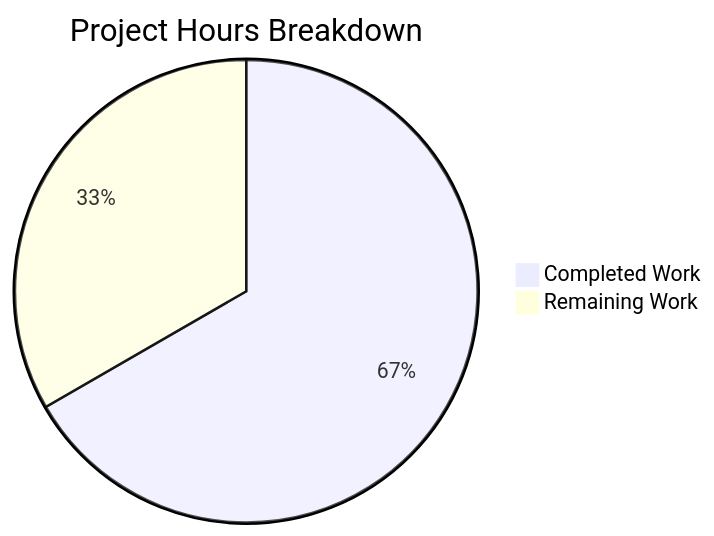
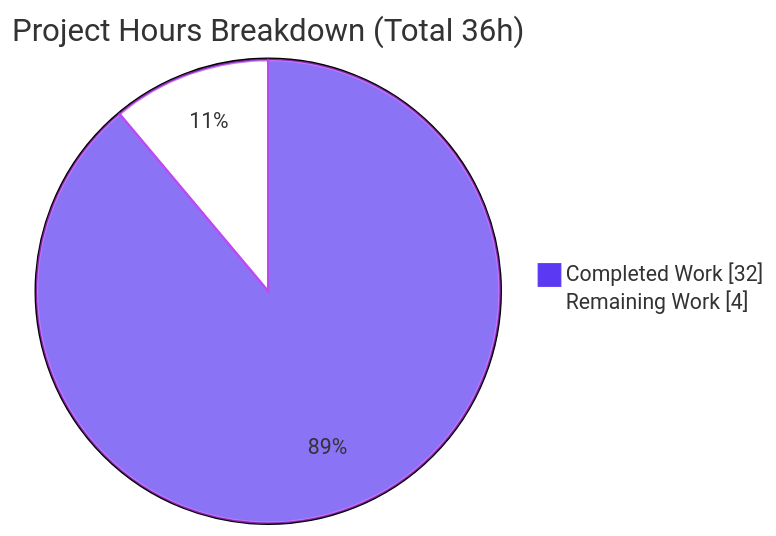
One commit to Sandeep01Kumar/09-dec-Existing-product-repo-02 changed the second of 3 diagrams in blitzy/documentation/Project Guide.md. Above: the diagram before and after it, drawn with Mermaid. The commit also changed other lines of this file, not shown here.

Commit message:
Adding Blitzy Project Guide: Project Status and Human Tasks Remaining

````diff
--- a/blitzy/documentation/Project Guide.md
+++ b/blitzy/documentation/Project Guide.md
@@ -98,5 +195,6 @@
 ```mermaid
-pie title Project Hours Breakdown
-    "Completed Work" : 10
-    "Remaining Work" : 5
+%%{init: {'theme':'base', 'themeVariables': {'pie1':'#5B39F3','pie2':'#FFFFFF','pieStrokeColor':'#B23AF2','pieStrokeWidth':'2px','pieOuterStrokeWidth':'2px'}}}%%
+pie showData title Project Hours Breakdown (Total 36h)
+    "Completed Work" : 32
+    "Remaining Work" : 4
 ```
````
